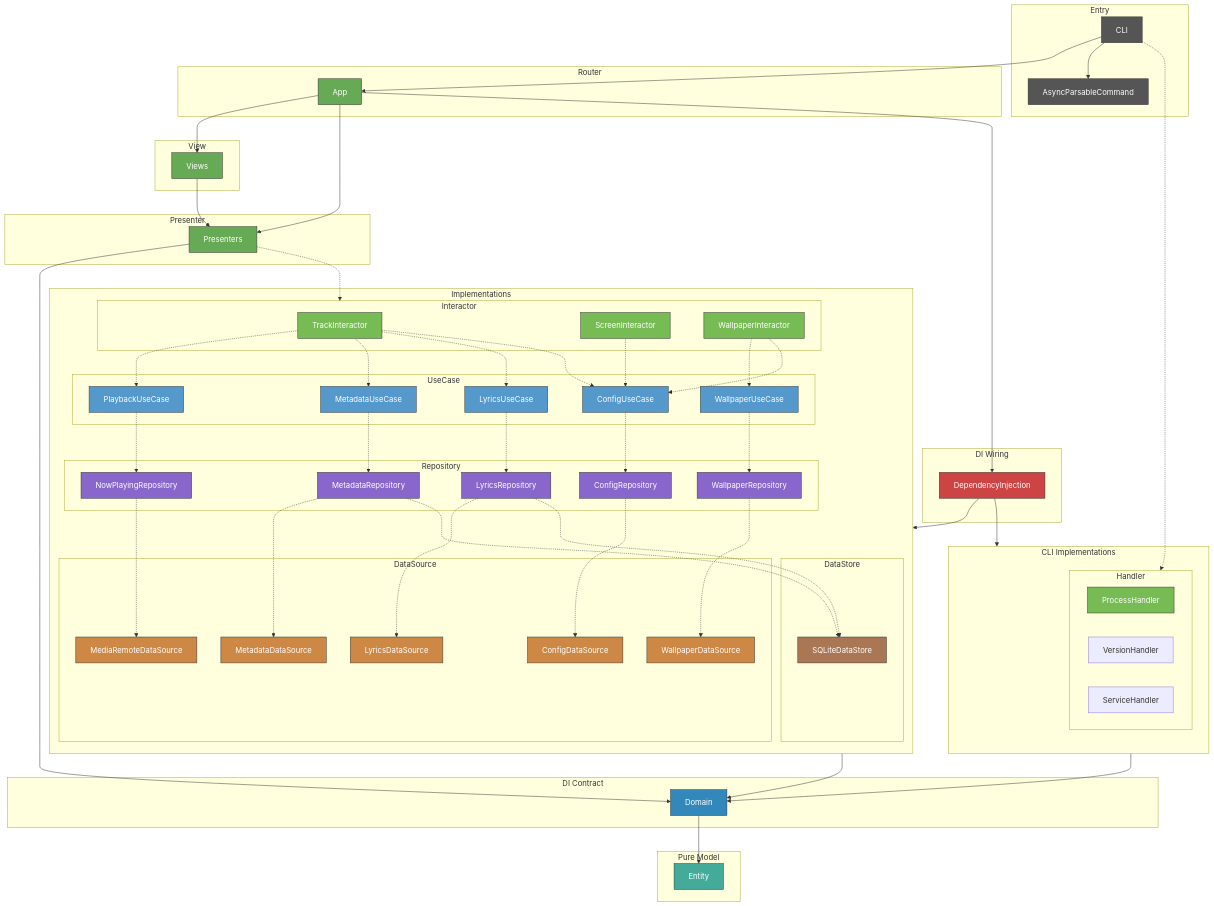
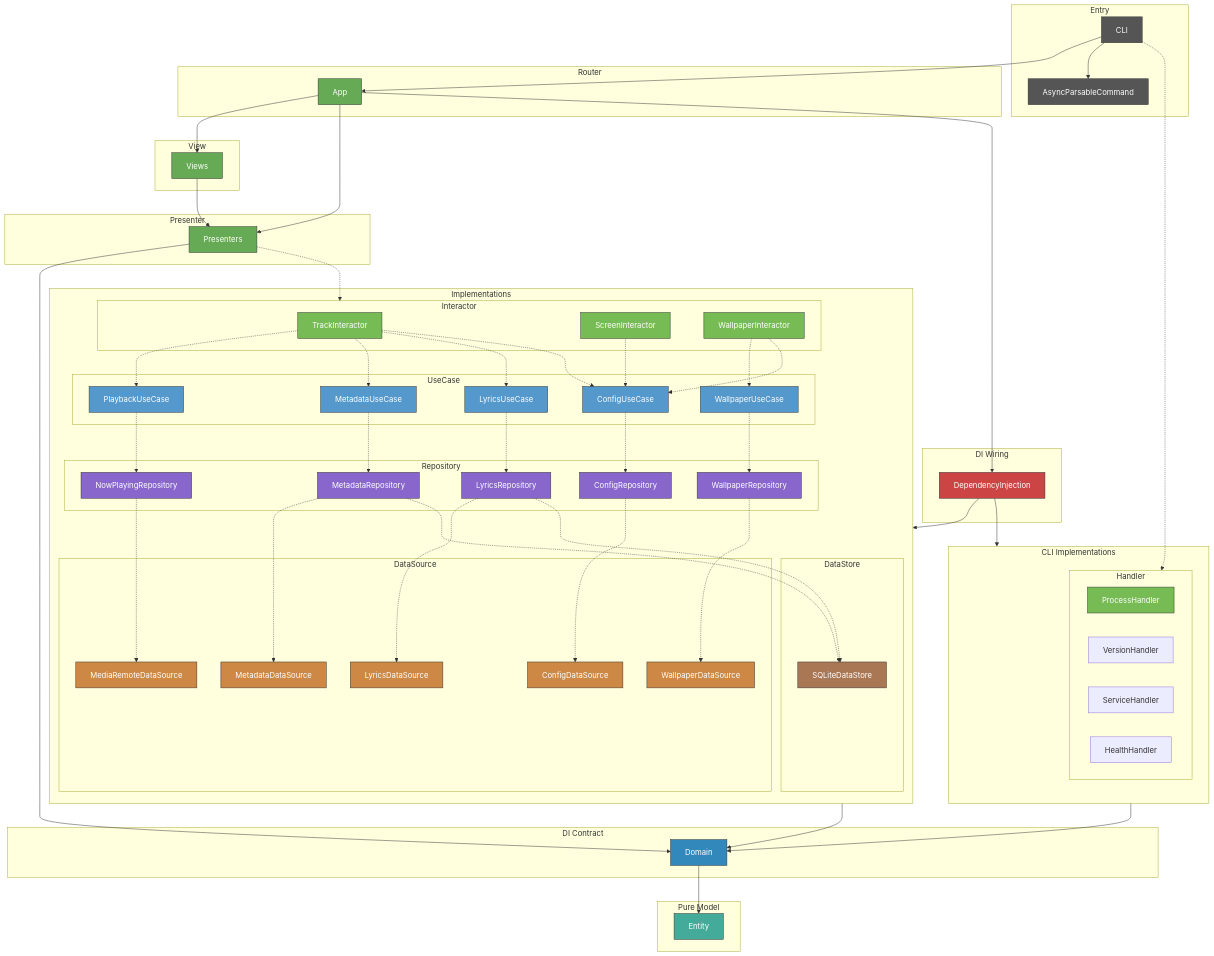
The diagram in .claude/CLAUDE.md (GeneralD/backdrop), drawn with Mermaid before and after one commit. The commit also changed other lines of this file and 7 other files, not shown here.

Commit message:
refactor: extract HealthHandler from CLI commands (#160)

```diff
--- a/.claude/CLAUDE.md
+++ b/.claude/CLAUDE.md
@@ -58,6 +58,7 @@
             ProcessHandler[ProcessHandler]
             VersionHandler[VersionHandler]
             ServiceHandler[ServiceHandler]
+            HealthHandler[HealthHandler]
         end
     end
 
```
